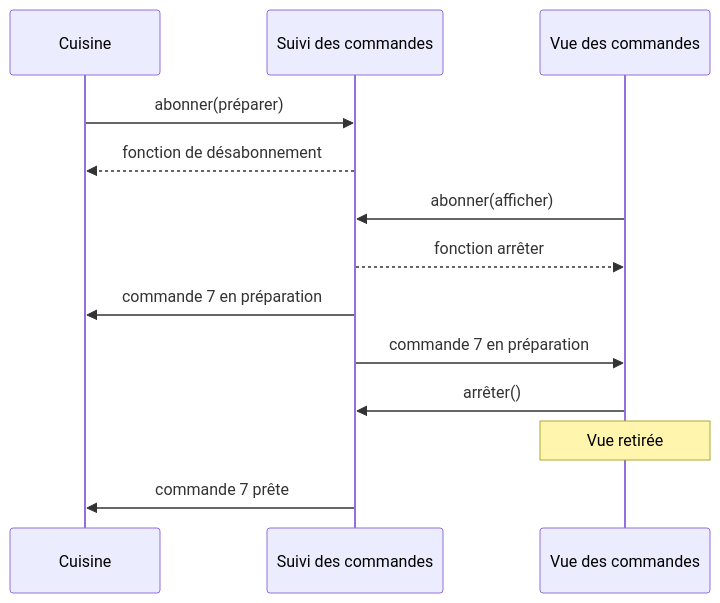
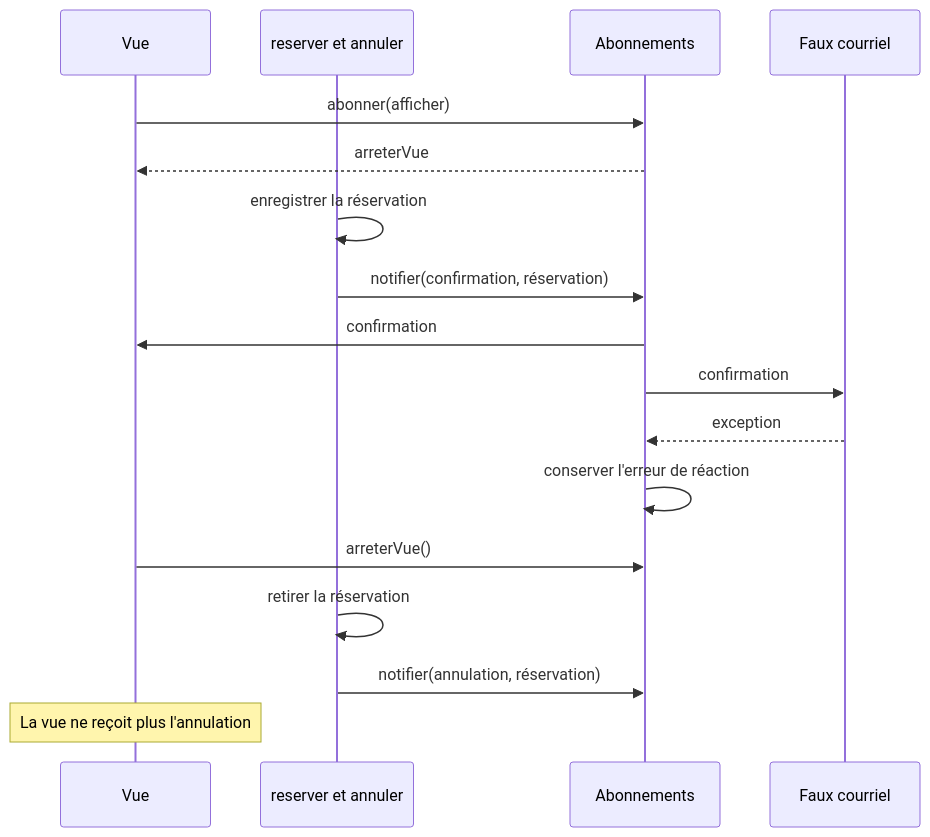
The diagram in src/cours/poo-patterns-frameworks/03-observer.md (theopaolo/dev-carnet), drawn with Mermaid before and after one commit. The commit also changed other lines of this file and 20 other files, not shown here.

````diff
--- a/src/cours/poo-patterns-frameworks/03-observer.md
+++ b/src/cours/poo-patterns-frameworks/03-observer.md
@@ -53,17 +79,21 @@
 ```mermaid
 sequenceDiagram
-  accTitle: Une vue cesse de recevoir les changements après son retrait
-  accDescr: La cuisine et la vue s'abonnent au suivi. Les deux reçoivent le premier statut. La vue appelle sa fonction de désabonnement. Seule la cuisine reçoit ensuite le second statut.
-  participant Cuisine
-  participant Suivi as Suivi des commandes
-  participant Vue as Vue des commandes
-  Cuisine->>Suivi: abonner(préparer)
-  Suivi-->>Cuisine: fonction de désabonnement
-  Vue->>Suivi: abonner(afficher)
-  Suivi-->>Vue: fonction arrêter
-  Suivi->>Cuisine: commande 7 en préparation
-  Suivi->>Vue: commande 7 en préparation
-  Vue->>Suivi: arrêter()
-  Note over Vue: Vue retirée
-  Suivi->>Cuisine: commande 7 prête
+  accTitle: La vue reçoit les changements jusqu'à son désabonnement
+  accDescr: La vue s'abonne. La réservation est enregistrée avant la confirmation. Le notifier prévient la vue et conserve séparément l'erreur du faux courriel. Après le désabonnement de la vue, l'annulation ne la prévient plus.
+  participant Vue
+  participant Reservation as reserver et annuler
+  participant Sujet as Abonnements
+  participant Courriel as Faux courriel
+  Vue->>Sujet: abonner(afficher)
+  Sujet-->>Vue: arreterVue
+  Reservation->>Reservation: enregistrer la réservation
+  Reservation->>Sujet: notifier(confirmation, réservation)
+  Sujet->>Vue: confirmation
+  Sujet->>Courriel: confirmation
+  Courriel-->>Sujet: exception
+  Sujet->>Sujet: conserver l'erreur de réaction
+  Vue->>Sujet: arreterVue()
+  Reservation->>Reservation: retirer la réservation
+  Reservation->>Sujet: notifier(annulation, réservation)
+  Note over Vue: La vue ne reçoit plus l'annulation
 ```
````
